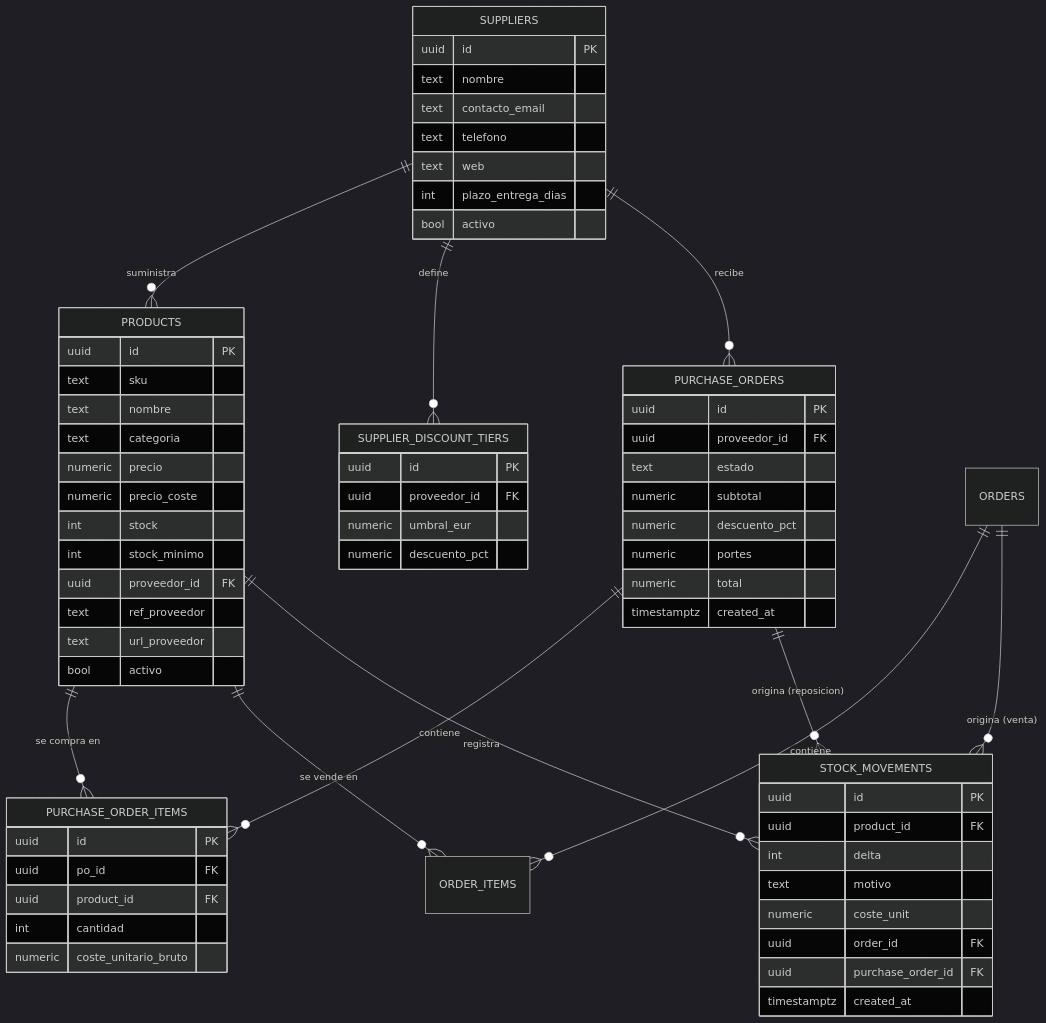
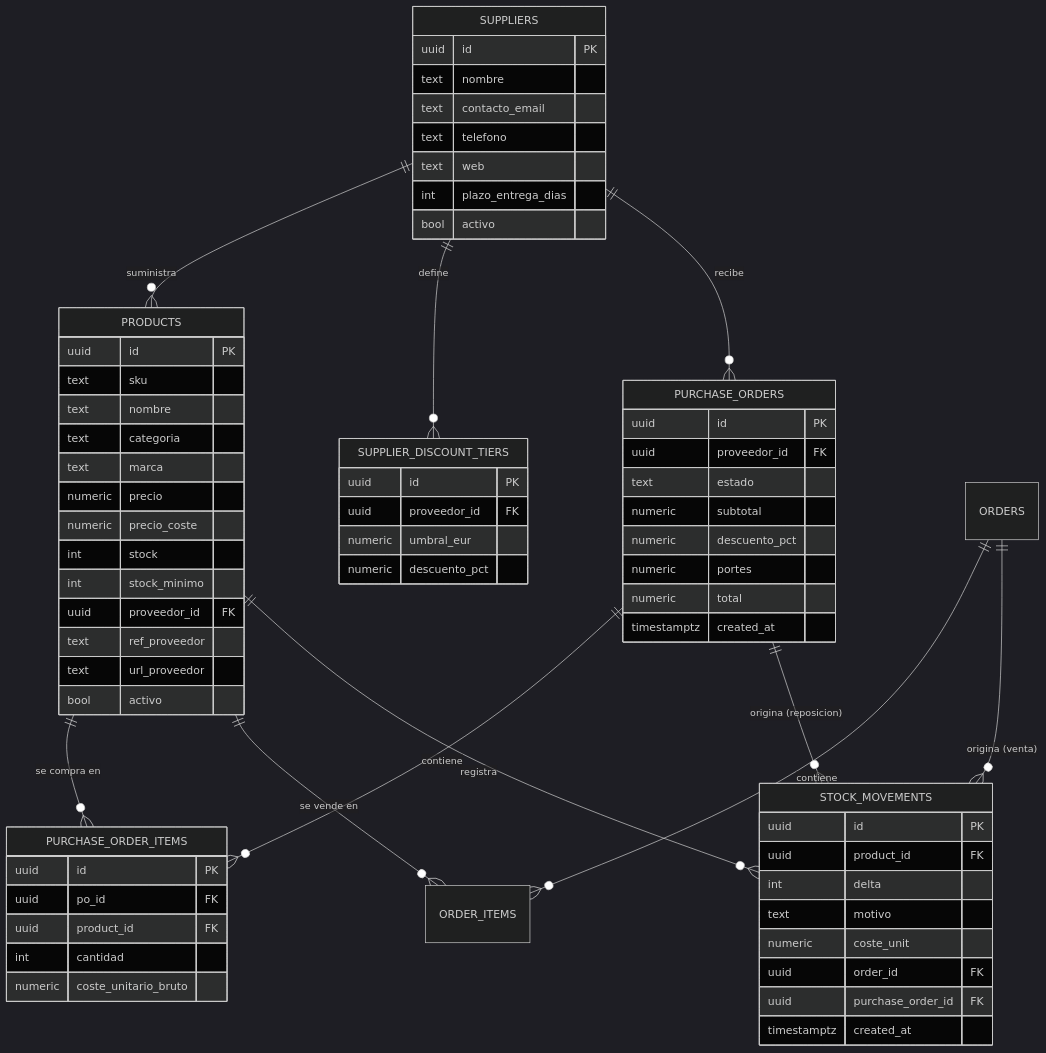
Before and after one commit to AFranco13/chuchebarata.github.io: the first of 4 diagrams in docs/INVENTARIO.md, drawn with Mermaid (dark theme). The commit also changed other lines of this file and 4 other files, not shown here.

````diff
--- a/docs/INVENTARIO.md
+++ b/docs/INVENTARIO.md
@@ -26,70 +26,71 @@
 ```mermaid
 erDiagram
   SUPPLIERS ||--o{ PRODUCTS : "suministra"
   SUPPLIERS ||--o{ SUPPLIER_DISCOUNT_TIERS : "define"
   SUPPLIERS ||--o{ PURCHASE_ORDERS : "recibe"
   PURCHASE_ORDERS ||--o{ PURCHASE_ORDER_ITEMS : "contiene"
   PRODUCTS ||--o{ PURCHASE_ORDER_ITEMS : "se compra en"
   PRODUCTS ||--o{ ORDER_ITEMS : "se vende en"
   PRODUCTS ||--o{ STOCK_MOVEMENTS : "registra"
   ORDERS ||--o{ ORDER_ITEMS : "contiene"
   ORDERS ||--o{ STOCK_MOVEMENTS : "origina (venta)"
   PURCHASE_ORDERS ||--o{ STOCK_MOVEMENTS : "origina (reposicion)"
 
   SUPPLIERS {
     uuid id PK
     text nombre
     text contacto_email
     text telefono
     text web
     int plazo_entrega_dias
     bool activo
   }
   PRODUCTS {
     uuid id PK
     text sku
     text nombre
     text categoria
+    text marca
     numeric precio
     numeric precio_coste
     int stock
     int stock_minimo
     uuid proveedor_id FK
     text ref_proveedor
     text url_proveedor
     bool activo
   }
   STOCK_MOVEMENTS {
     uuid id PK
     uuid product_id FK
     int delta
     text motivo
     numeric coste_unit
     uuid order_id FK
     uuid purchase_order_id FK
     timestamptz created_at
   }
   PURCHASE_ORDERS {
     uuid id PK
     uuid proveedor_id FK
     text estado
     numeric subtotal
     numeric descuento_pct
     numeric portes
     numeric total
     timestamptz created_at
   }
   PURCHASE_ORDER_ITEMS {
     uuid id PK
     uuid po_id FK
     uuid product_id FK
     int cantidad
     numeric coste_unitario_bruto
   }
   SUPPLIER_DISCOUNT_TIERS {
     uuid id PK
     uuid proveedor_id FK
     numeric umbral_eur
     numeric descuento_pct
   }
 ```
````
